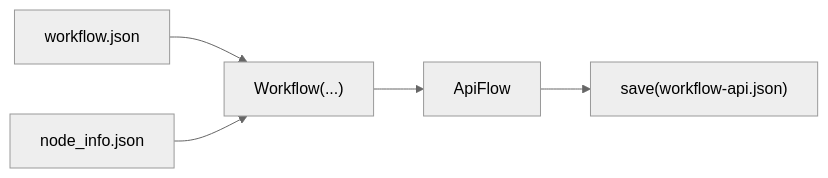
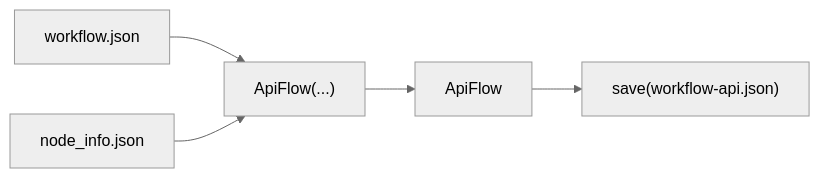
One commit to chrisdreid/comfyui-autograph changed the fifth of 6 diagrams in README.md. Above: the diagram before and after it, drawn with Mermaid (neutral theme). The commit also changed other lines of this file and 7 other files, not shown here.

````diff
--- a/README.md
+++ b/README.md
@@ -162,7 +162,7 @@
 ```mermaid
 flowchart LR
-  workflowJson["workflow.json"] --> wf["Workflow(...)"]
+  workflowJson["workflow.json"] --> wf["ApiFlow(...)"]
   objectInfo["node_info.json"] --> wf
   wf --> apiFlow["ApiFlow"]
   apiFlow --> saveApi["save(workflow-api.json)"]
 ```
````
